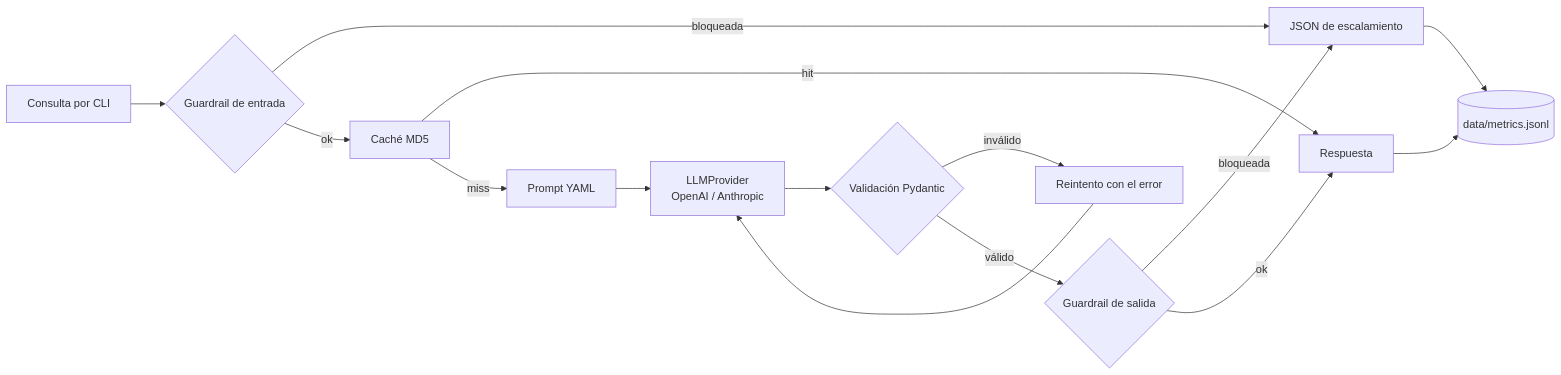
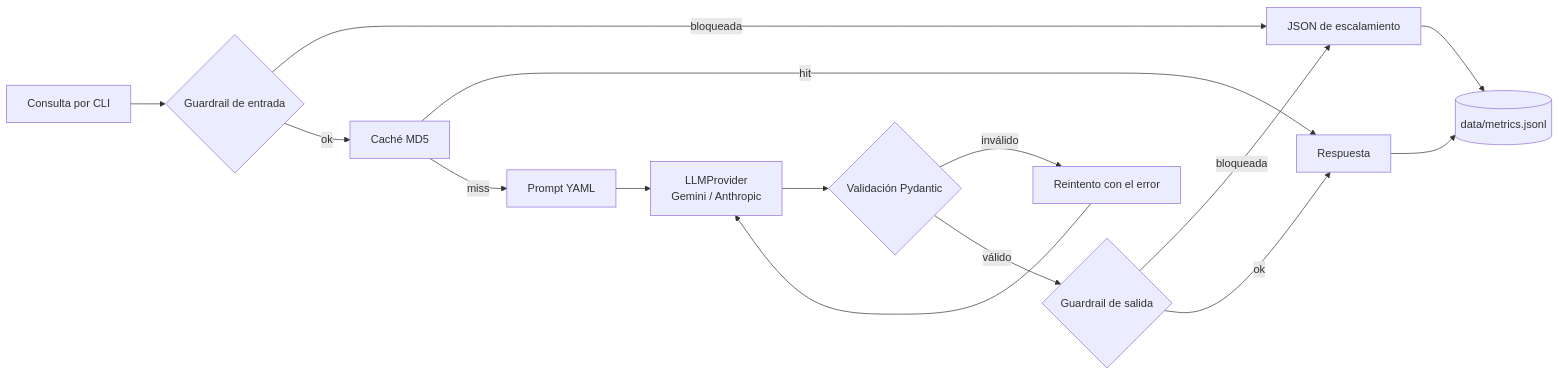
Before and after one commit to bryan-delacruz/nubbix-triage: the first of 2 diagrams in README.md, drawn with Mermaid. The commit also changed other lines of this file and 4 other files, not shown here.

````diff
--- a/README.md
+++ b/README.md
@@ -89,16 +89,16 @@
 ```mermaid
 flowchart LR
     A[Consulta por CLI] --> B{Guardrail de entrada}
     B -- bloqueada --> X[JSON de escalamiento]
     B -- ok --> C[Caché MD5]
     C -- hit --> H[Respuesta]
     C -- miss --> D[Prompt YAML]
-    D --> E[LLMProvider<br/>OpenAI / Anthropic]
+    D --> E[LLMProvider<br/>Gemini / Anthropic]
     E --> F{Validación Pydantic}
     F -- inválido --> R[Reintento con el error] --> E
     F -- válido --> G{Guardrail de salida}
     G -- bloqueada --> X
     G -- ok --> H
     H --> M[(data/metrics.jsonl)]
     X --> M
 ```
````
